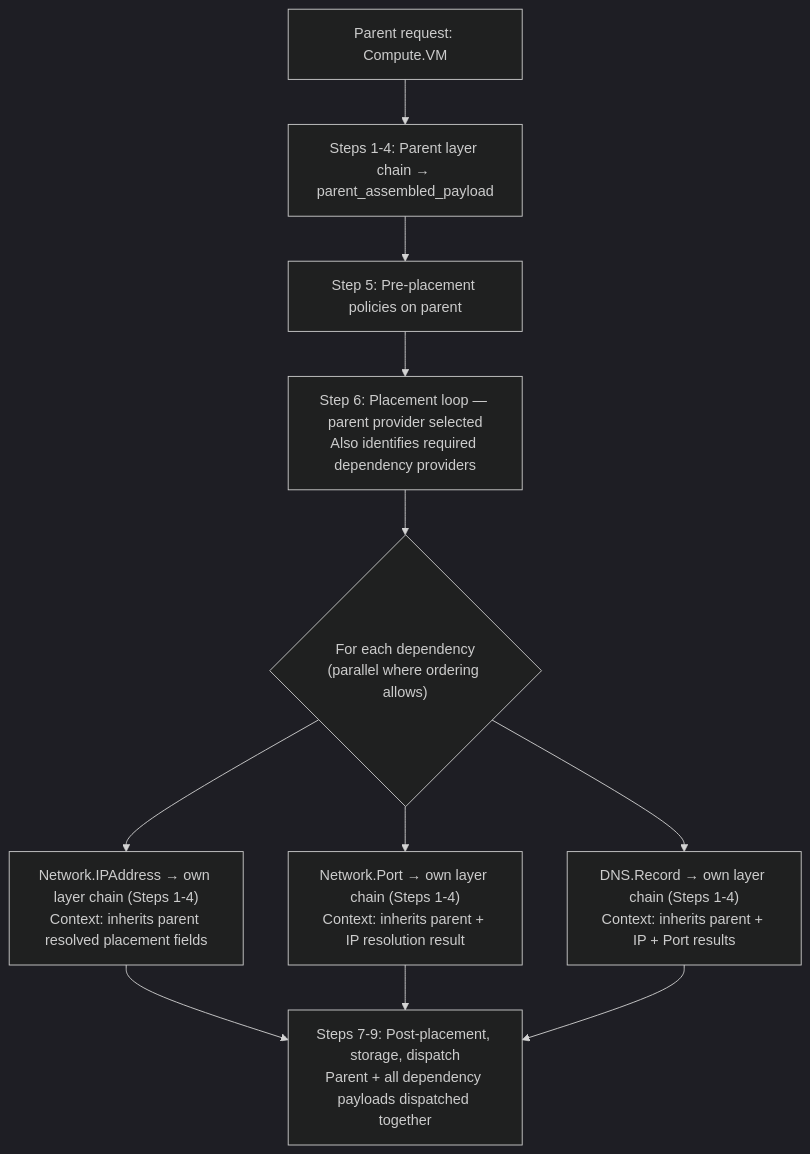
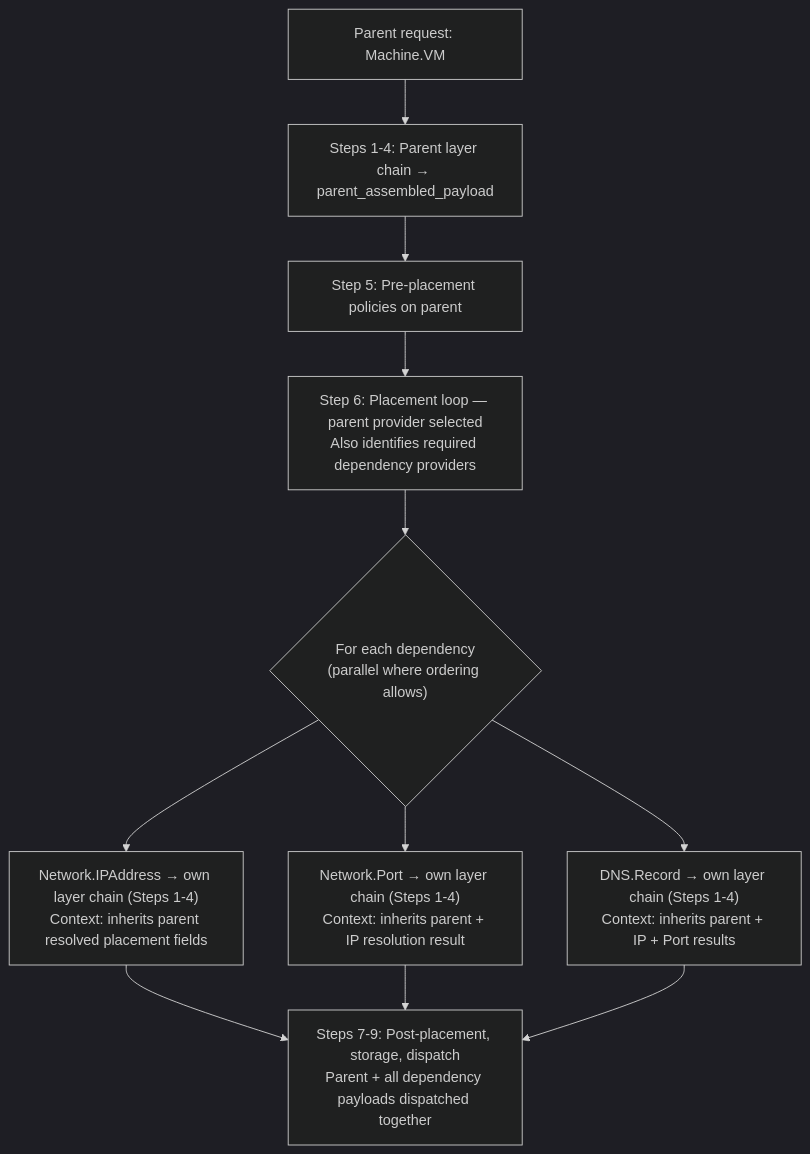
The third of 3 diagrams in docs/spec/foundations/layering-and-versioning-annex.md (croadfeldt/udlm), drawn with Mermaid (dark theme) before and after one commit. The commit also changed other lines of this file and 194 other files, not shown here.

````diff
--- a/docs/spec/foundations/layering-and-versioning-annex.md
+++ b/docs/spec/foundations/layering-and-versioning-annex.md
@@ -296,14 +296,14 @@
 ```mermaid
 flowchart TD
-    P["Parent request: Compute.VM"]
+    P["Parent request: Machine.VM"]
     P --> S14["Steps 1-4: Parent layer chain → parent_assembled_payload"]
     S14 --> S5["Step 5: Pre-placement policies on parent"]
     S5 --> S6["Step 6: Placement loop — parent provider selected<br/>Also identifies required dependency providers"]
     S6 --> DEP{"For each dependency<br/>(parallel where ordering allows)"}
     DEP --> IP["Network.IPAddress → own layer chain (Steps 1-4)<br/>Context: inherits parent resolved placement fields"]
     DEP --> PORT["Network.Port → own layer chain (Steps 1-4)<br/>Context: inherits parent + IP resolution result"]
     DEP --> DNS["DNS.Record → own layer chain (Steps 1-4)<br/>Context: inherits parent + IP + Port results"]
     IP --> S79["Steps 7-9: Post-placement, storage, dispatch<br/>Parent + all dependency payloads dispatched together"]
     PORT --> S79
     DNS --> S79
 ```
````
